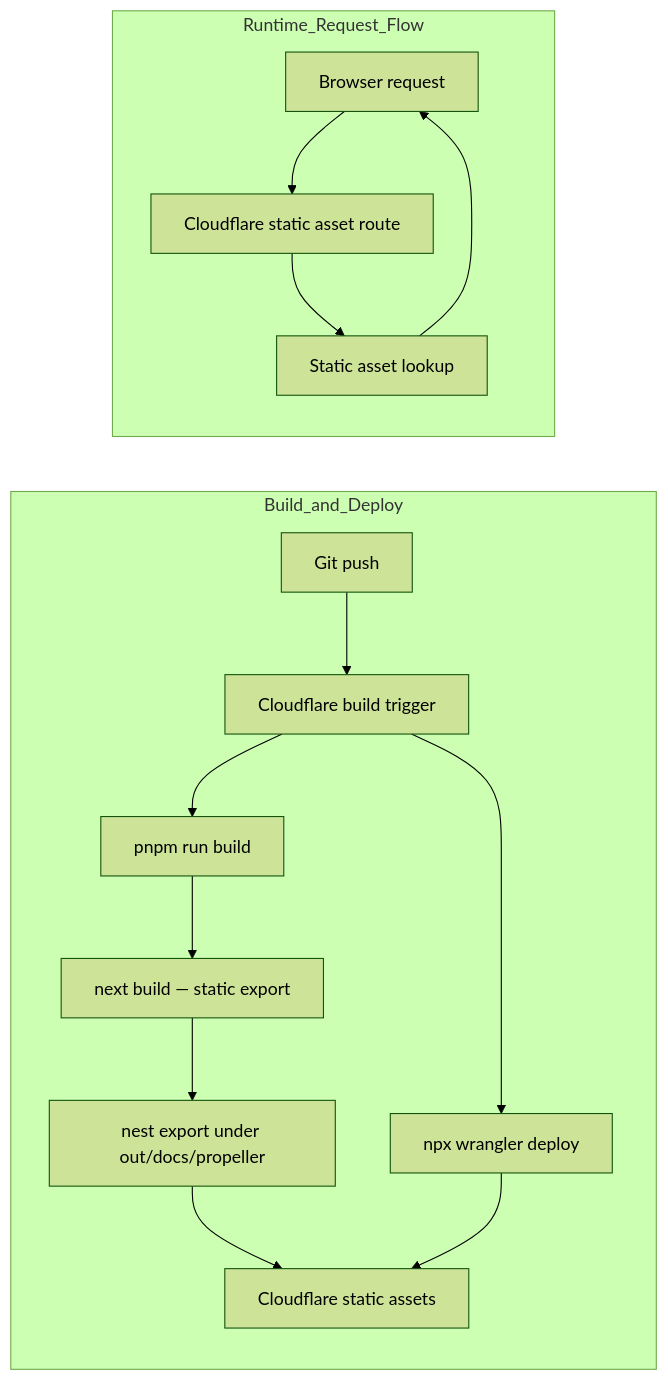
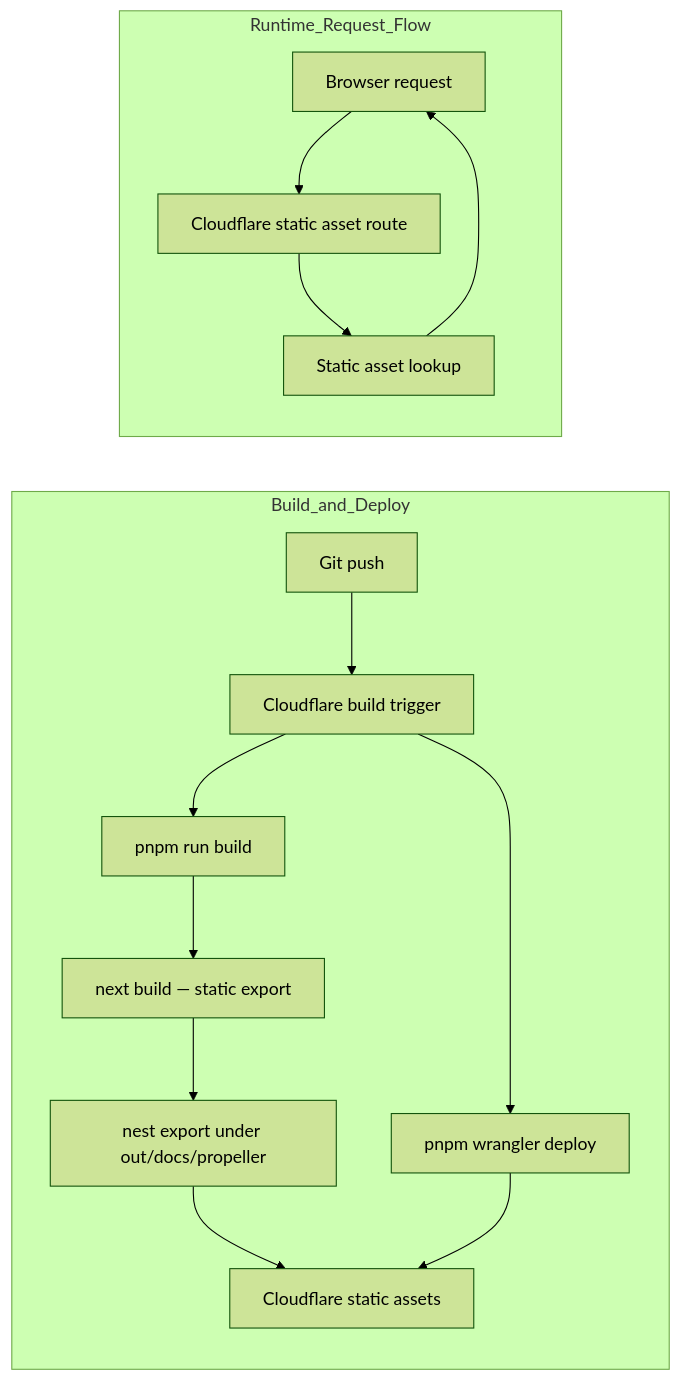
Before and after one commit to rodneyosodo/propeller-docs: the diagram in README.md, drawn with Mermaid (forest theme). The commit also changed other lines of this file, not shown here.

Commit message:
docs(readme): fix README tables and update wrangler command

````diff
--- a/README.md
+++ b/README.md
@@ -35,18 +35,18 @@
 ```mermaid
 flowchart LR
   subgraph Build_and_Deploy
     A[Git push] --> B[Cloudflare build trigger]
     B --> C[pnpm run build]
     C --> D[next build — static export]
     D --> E[nest export under out/docs/propeller]
-    B --> F[npx wrangler deploy]
+    B --> F[pnpm wrangler deploy]
     E --> G[Cloudflare static assets]
     F --> G
   end
 
   subgraph Runtime_Request_Flow
     U[Browser request] --> H[Cloudflare static asset route]
     H --> J[Static asset lookup]
     J --> U
   end
 ```
````
